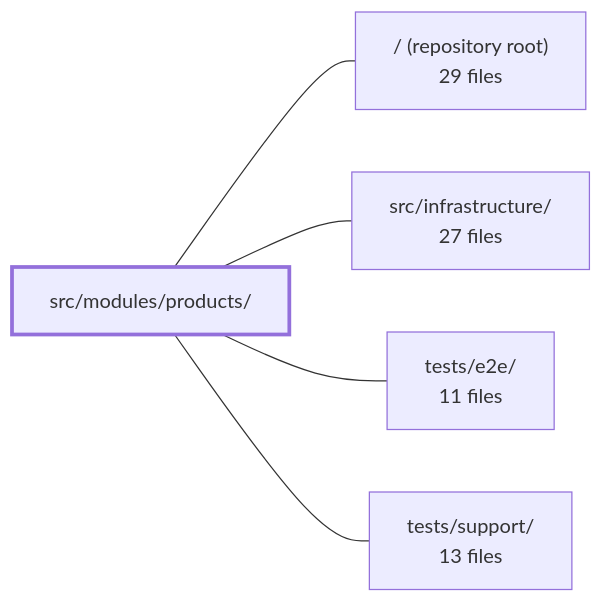
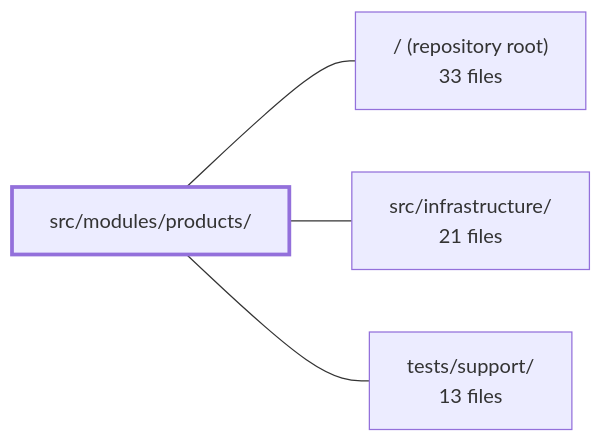
The diagram in .2repo/modules/boilerplate-vue-frontend_src_modules_products.md (Guebbit/boilerplate-vue-frontend), drawn with Mermaid before and after one commit. The commit also changed other lines of this file and 335 other files, not shown here.

````diff
--- a/.2repo/modules/boilerplate-vue-frontend_src_modules_products.md
+++ b/.2repo/modules/boilerplate-vue-frontend_src_modules_products.md
@@ -38,13 +37,11 @@
 ```mermaid
 flowchart LR
     m_src_modules_products["src/modules/products/"]
-    m_root["/ (repository root)<br/>29 files"]
-    m_src_infrastructure["src/infrastructure/<br/>27 files"]
-    m_tests_e2e["tests/e2e/<br/>11 files"]
+    m_root["/ (repository root)<br/>33 files"]
+    m_src_infrastructure["src/infrastructure/<br/>21 files"]
     m_tests_support["tests/support/<br/>13 files"]
     m_src_modules_products --- m_root
     m_src_modules_products --- m_src_infrastructure
-    m_src_modules_products --- m_tests_e2e
     m_src_modules_products --- m_tests_support
     style m_src_modules_products stroke-width:3px
 ```
````
